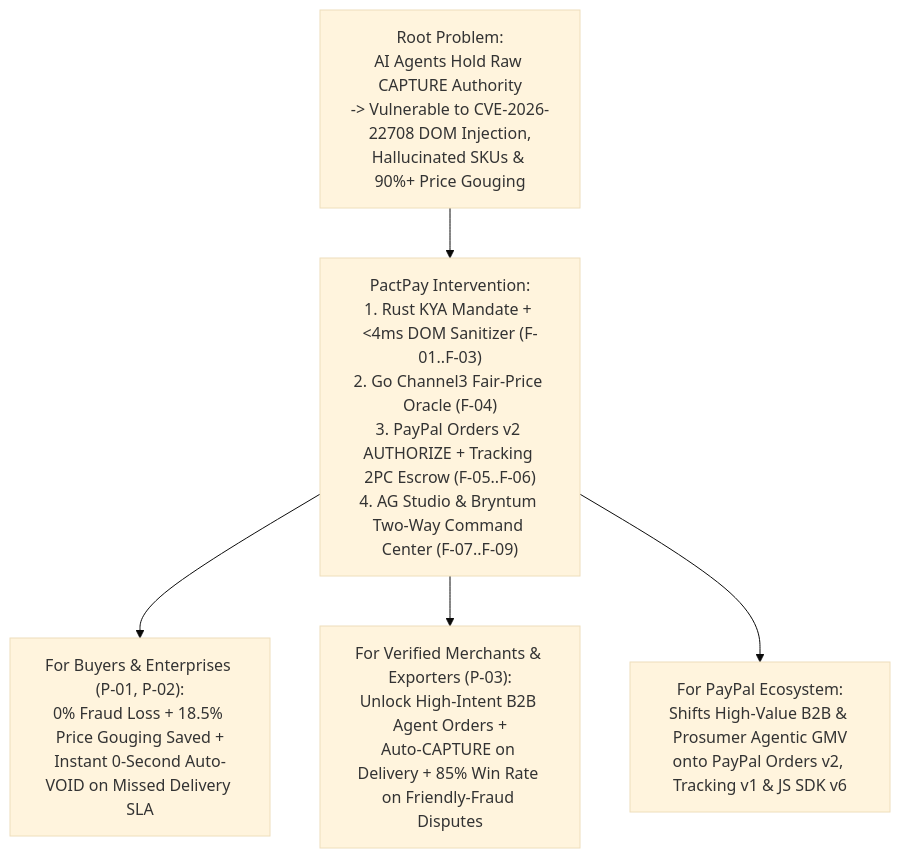
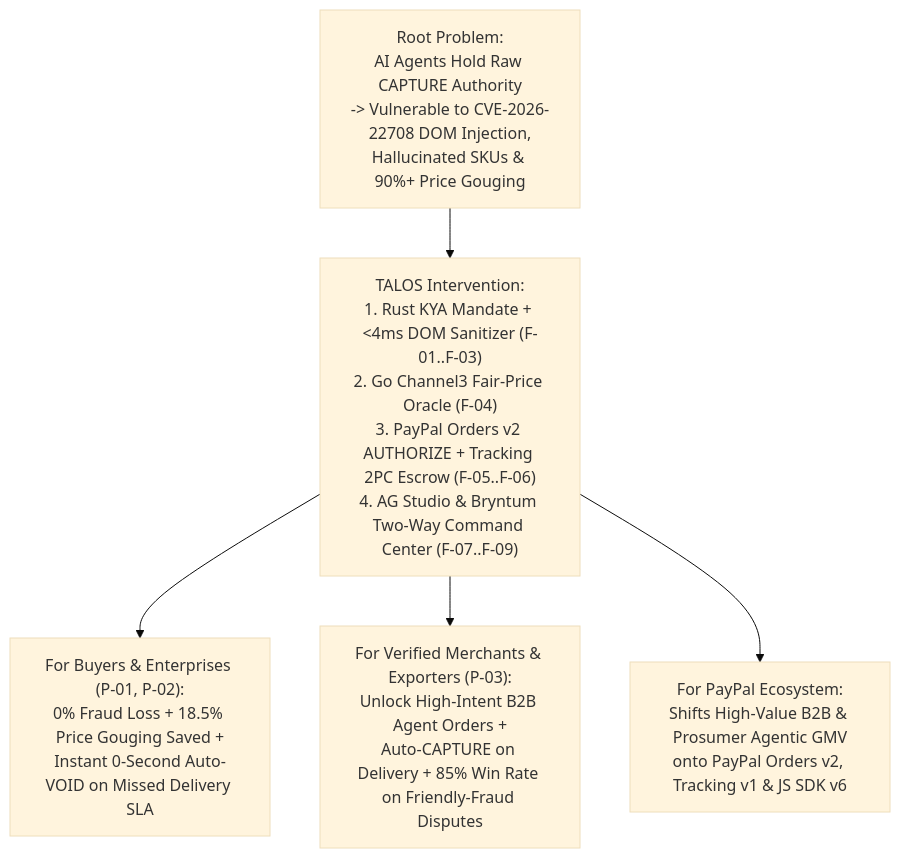
One commit to sruj08/Talos changed the second of 2 diagrams in docs/00-overview/VISION.md. Above: the diagram before and after it, drawn with Mermaid (base theme). The commit also changed other lines of this file and 457 other files, not shown here.

Commit message:
feat: initialize polyglot project architecture with comprehensive documentation, Go orchestrator, and Rust firewall services

````diff
--- a/docs/00-overview/VISION.md
+++ b/docs/00-overview/VISION.md
@@ -110,7 +110,7 @@
 ```mermaid
 flowchart TD
-    A["Root Problem:<br/>AI Agents Hold Raw CAPTURE Authority<br/>-> Vulnerable to CVE-2026-22708 DOM Injection,<br/>Hallucinated SKUs & 90%+ Price Gouging"] --> B["PactPay Intervention:<br/>1. Rust KYA Mandate + <4ms DOM Sanitizer (F-01..F-03)<br/>2. Go Channel3 Fair-Price Oracle (F-04)<br/>3. PayPal Orders v2 AUTHORIZE + Tracking 2PC Escrow (F-05..F-06)<br/>4. AG Studio & Bryntum Two-Way Command Center (F-07..F-09)"]
+    A["Root Problem:<br/>AI Agents Hold Raw CAPTURE Authority<br/>-> Vulnerable to CVE-2026-22708 DOM Injection,<br/>Hallucinated SKUs & 90%+ Price Gouging"] --> B["TALOS Intervention:<br/>1. Rust KYA Mandate + <4ms DOM Sanitizer (F-01..F-03)<br/>2. Go Channel3 Fair-Price Oracle (F-04)<br/>3. PayPal Orders v2 AUTHORIZE + Tracking 2PC Escrow (F-05..F-06)<br/>4. AG Studio & Bryntum Two-Way Command Center (F-07..F-09)"]
     B --> C1["For Buyers & Enterprises (P-01, P-02):<br/>0% Fraud Loss + 18.5% Price Gouging Saved +<br/>Instant 0-Second Auto-VOID on Missed Delivery SLA"]
     B --> C2["For Verified Merchants & Exporters (P-03):<br/>Unlock High-Intent B2B Agent Orders +<br/>Auto-CAPTURE on Delivery + 85% Win Rate on Friendly-Fraud Disputes"]
     B --> C3["For PayPal Ecosystem:<br/>Shifts High-Value B2B & Prosumer Agentic GMV<br/>onto PayPal Orders v2, Tracking v1 & JS SDK v6"]
 ```
````
